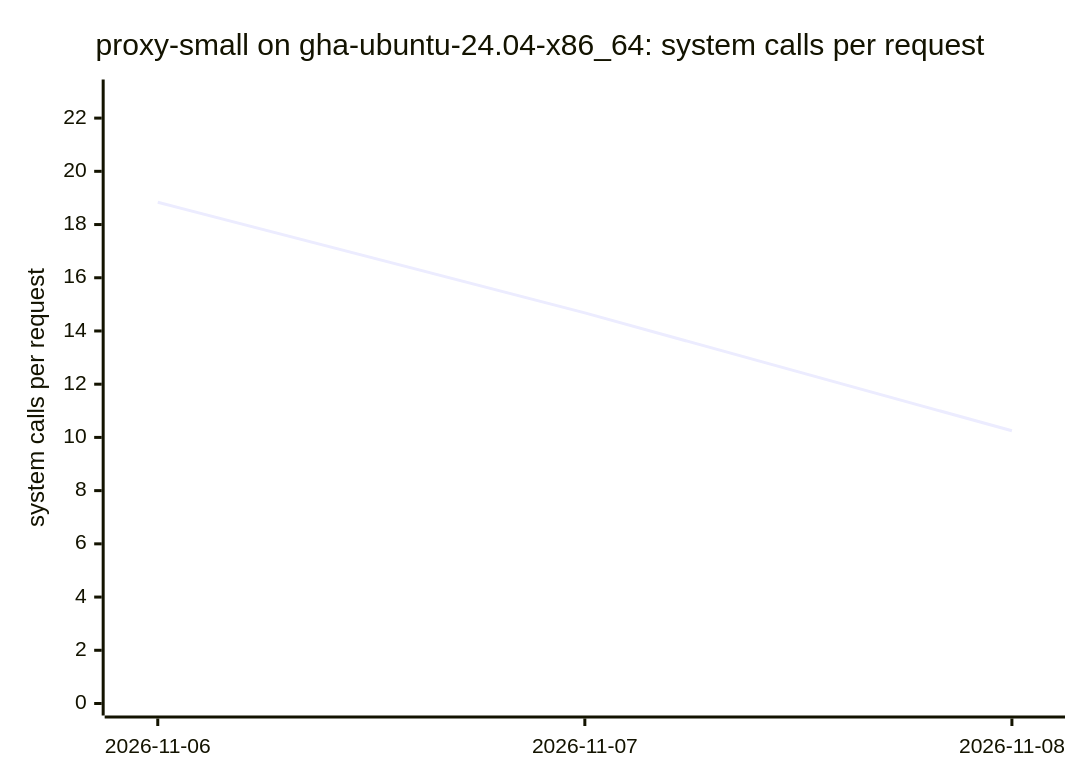
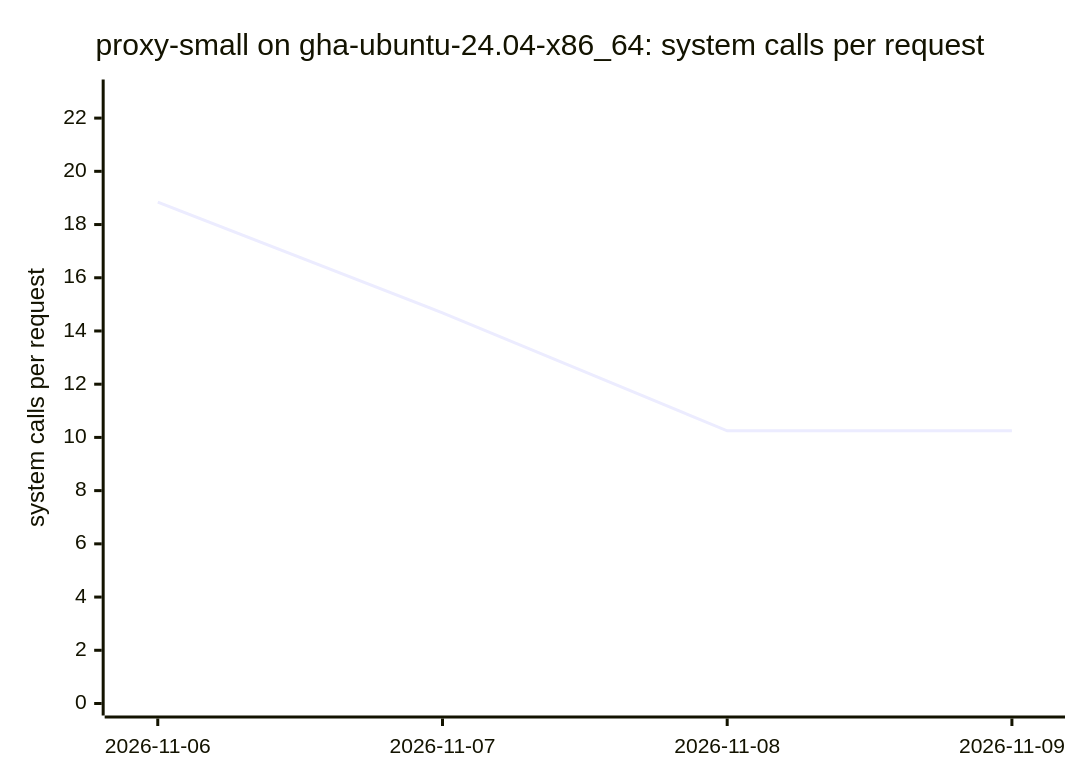
One commit to ThePixelPilgrim/durchlauferhitzer changed diagram 13 of 18 in BENCHMARKS.md. Above: the diagram before and after it, drawn with Mermaid. The commit also changed other lines of this file and 1 other file, not shown here.

````diff
--- a/BENCHMARKS.md
+++ b/BENCHMARKS.md
@@ -137,7 +148,7 @@
 ```mermaid
 xychart-beta
   title "proxy-small on gha-ubuntu-24.04-x86_64: system calls per request"
-  x-axis ["2026-11-06", "2026-11-07", "2026-11-08"]
+  x-axis ["2026-11-06", "2026-11-07", "2026-11-08", "2026-11-09"]
   y-axis "system calls per request" 0 --> 23
-  line [18.84, 14.68, 10.25]
+  line [18.84, 14.68, 10.25, 10.25]
 ```
````
